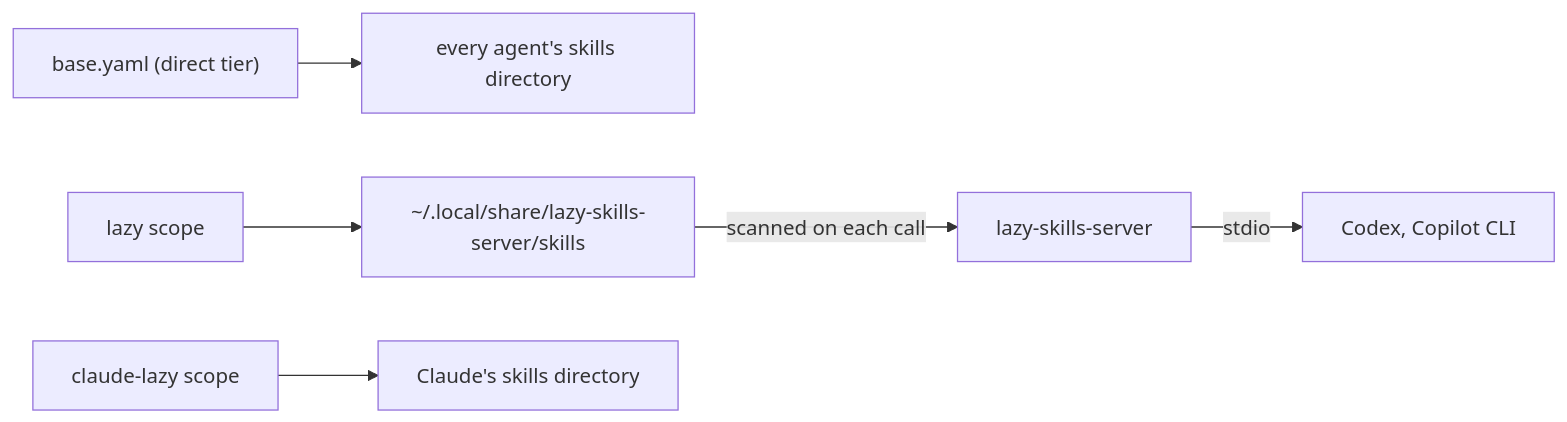
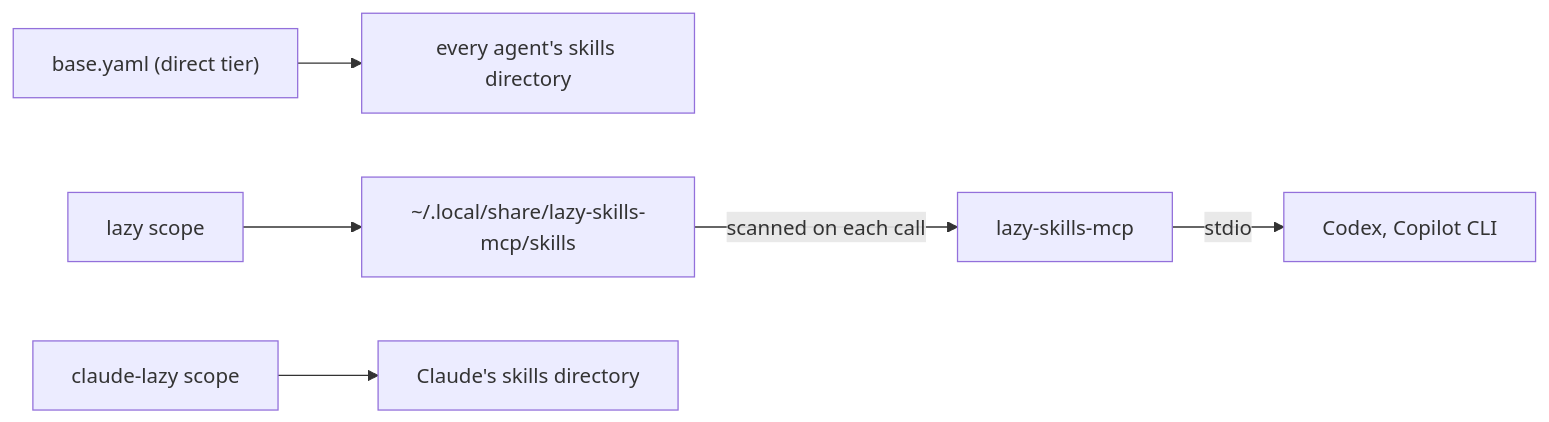
One commit to jonatsu/lazy-skills-mcp changed the diagram in README.md. Above: the diagram before and after it, drawn with Mermaid. The commit also changed other lines of this file and 12 other files, not shown here.

First line of the commit message:
refactor: rename lazy-skills-server to lazy-skills-mcp

````diff
--- a/README.md
+++ b/README.md
@@ -31,8 +31,8 @@
 ```mermaid
 flowchart LR
     base["base.yaml (direct tier)"] --> native["every agent's skills directory"]
-    lazy["lazy scope"] --> dir["~/.local/share/lazy-skills-server/skills"]
+    lazy["lazy scope"] --> dir["~/.local/share/lazy-skills-mcp/skills"]
     claudelazy["claude-lazy scope"] --> claude["Claude's skills directory"]
-    dir -->|scanned on each call| server["lazy-skills-server"]
+    dir -->|scanned on each call| server["lazy-skills-mcp"]
     server -->|stdio| agents["Codex, Copilot CLI"]
 ```
````
